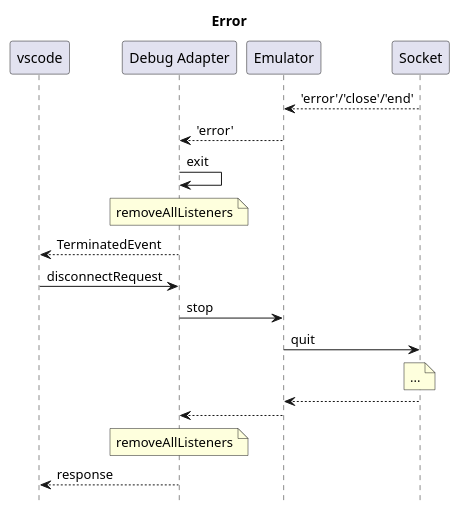
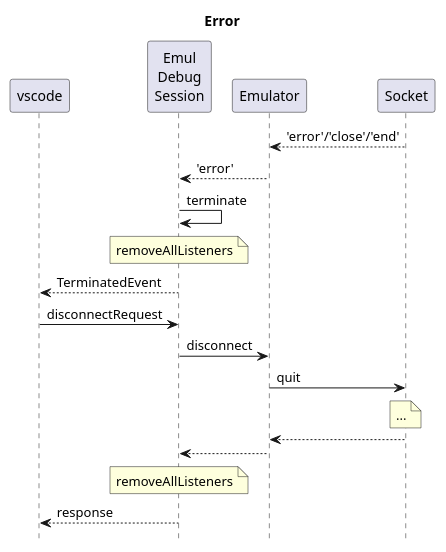
One commit to maziac/DeZog changed the seventh of 9 diagrams in design/design.md. Above: the diagram before and after it, drawn with PlantUML. The commit also changed other lines of this file and 9 other files, not shown here.

````diff
--- a/design/design.md
+++ b/design/design.md
@@ -366,30 +363,27 @@
 ```puml
 hide footbox
 title Error
 'actor user
 participant vscode
-participant "Debug Adapter" as adapter
+participant "Emul\nDebug\nSession" as session
 participant "Emulator" as emul
 participant "Socket" as socket
 'participant "ZEsarUX" as zesarux
 
 emul <-- socket: 'error'/'close'/'end'
-adapter <-- emul: 'error'
+session <-- emul: 'error'
 
-'adapter <-- emul
-'vscode <-- adapter: response
+session -> session: terminate
+note over session: removeAllListeners
+vscode <-- session: TerminatedEvent
 
-adapter -> adapter: exit
-note over adapter: removeAllListeners
-vscode <-- adapter: TerminatedEvent
-
-vscode -> adapter: disconnectRequest
-adapter -> emul: stop
+vscode -> session: disconnectRequest
+session -> emul: disconnect
 emul -> socket: quit
 note over socket: ...
 emul <-- socket
 
-adapter <-- emul
-note over adapter: removeAllListeners
-vscode <-- adapter: response
+session <-- emul
+note over session: removeAllListeners
+vscode <-- session: response
 ```
````
